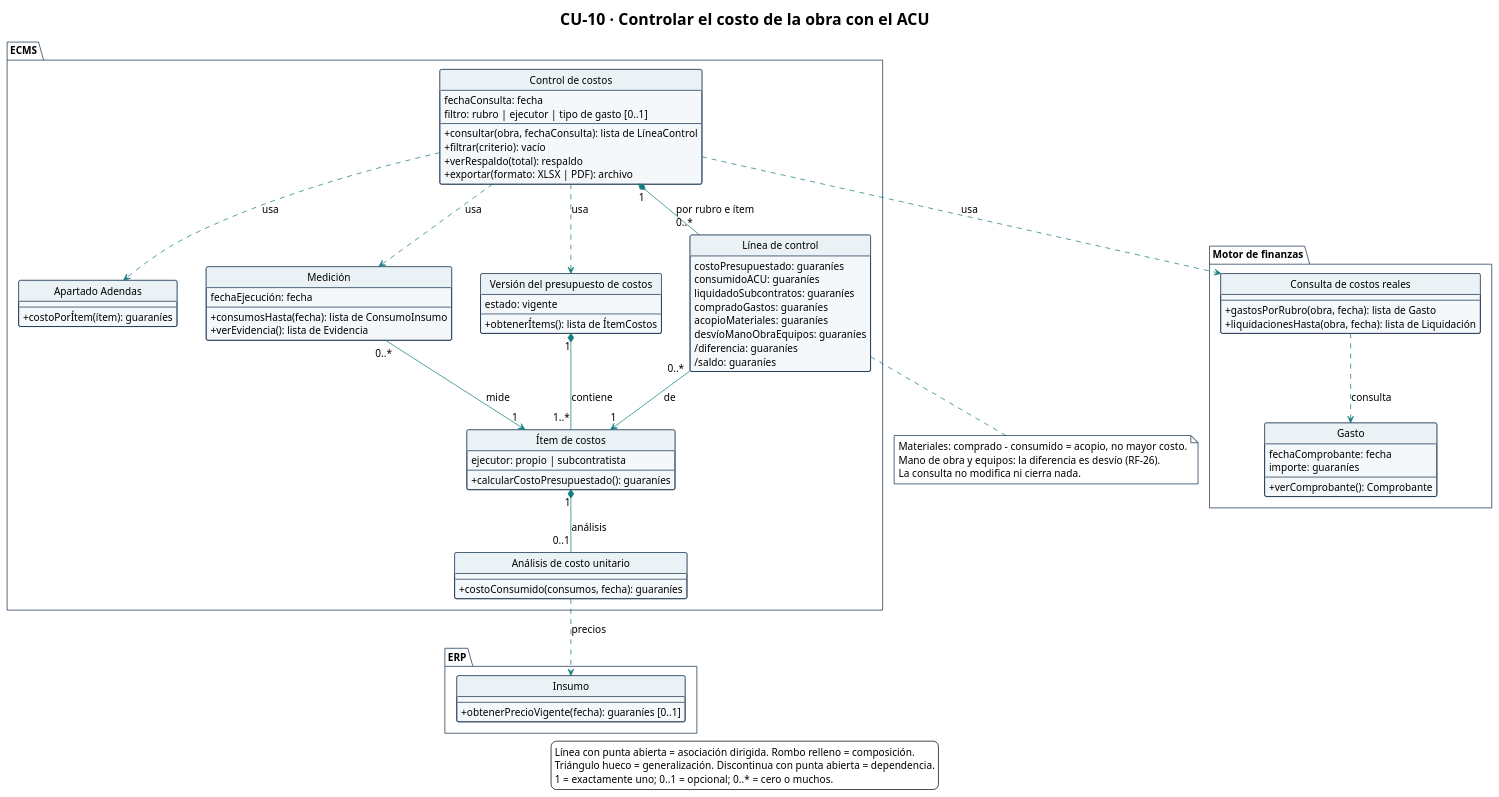
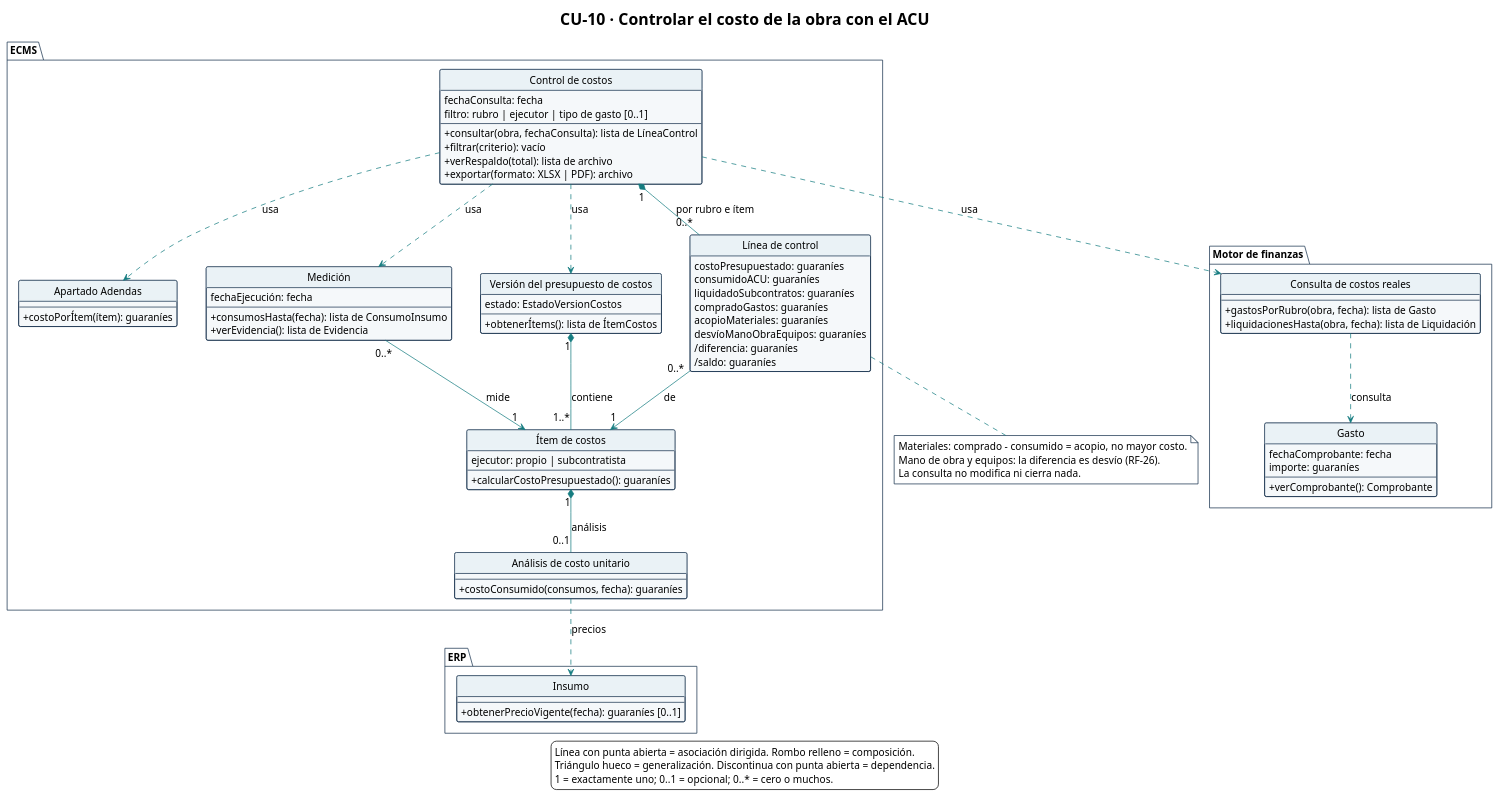
Before and after one commit to Ssrrb/tpf-uca: the diagram in diagramas/CU-10-clases.puml, drawn with PlantUML. The commit also changed 13 other files, not shown here.

```diff
--- a/diagramas/CU-10-clases.puml
+++ b/diagramas/CU-10-clases.puml
@@ -1,125 +1,125 @@
 @startuml
 !theme plain
 skinparam style strictuml
 title CU-10 · Controlar el costo de la obra con el ACU
 hide circle
 hide empty methods
 hide empty fields
 skinparam shadowing false
 skinparam classAttributeIconSize 0
 skinparam defaultFontName Arial
 skinparam defaultFontSize 14
 skinparam nodesep 40
 skinparam ranksep 50
 skinparam ArrowColor #167C80
 skinparam class {
   BackgroundColor #F5F8FA
   BorderColor #17324D
   HeaderBackgroundColor #EAF2F6
 }
 skinparam package {
   BackgroundColor #FFFFFF
   BorderColor #17324D
 }
 skinparam note {
   BackgroundColor #FFFFFF
   BorderColor #17324D
 }
 package "ECMS" {
   class "Control de costos" as ControlCostos {
     fechaConsulta: fecha
     filtro: rubro | ejecutor | tipo de gasto [0..1]
     --
     + consultar(obra, fechaConsulta): lista de LíneaControl
     + filtrar(criterio): vacío
-    + verRespaldo(total): respaldo
+    + verRespaldo(total): lista de archivo
     + exportar(formato: XLSX | PDF): archivo
   }
 
   class "Línea de control" as LineaControl {
     costoPresupuestado: guaraníes
     consumidoACU: guaraníes
     liquidadoSubcontratos: guaraníes
     compradoGastos: guaraníes
     acopioMateriales: guaraníes
     desvíoManoObraEquipos: guaraníes
     /diferencia: guaraníes
     /saldo: guaraníes
   }
 
   class "Versión del presupuesto de costos" as VersionCostos {
-    estado: vigente
+    estado: EstadoVersionCostos
     --
     + obtenerÍtems(): lista de ÍtemCostos
   }
 
   class "Apartado Adendas" as ApartadoAdendas {
     --
     + costoPorÍtem(ítem): guaraníes
   }
 
   class "Ítem de costos" as ItemCostos {
     ejecutor: propio | subcontratista
     --
     + calcularCostoPresupuestado(): guaraníes
   }
 
   class "Análisis de costo unitario" as ACU {
     --
     + costoConsumido(consumos, fecha): guaraníes
   }
 
   class "Medición" as Medicion {
     fechaEjecución: fecha
     --
     + consumosHasta(fecha): lista de ConsumoInsumo
     + verEvidencia(): lista de Evidencia
   }
 }
 
 package "Motor de finanzas" {
   class "Consulta de costos reales" as CostosReales {
     --
     + gastosPorRubro(obra, fecha): lista de Gasto
     + liquidacionesHasta(obra, fecha): lista de Liquidación
   }
 
   class Gasto {
     fechaComprobante: fecha
     importe: guaraníes
     --
     + verComprobante(): Comprobante
   }
 }
 
 package "ERP" {
   class Insumo {
     --
     + obtenerPrecioVigente(fecha): guaraníes [0..1]
   }
 }
 
 ControlCostos "1" *-- "0..*" LineaControl : por rubro e ítem
 ControlCostos ..> VersionCostos : usa
 ControlCostos ..> ApartadoAdendas : usa
 ControlCostos ..> Medicion : usa
 ControlCostos ..> CostosReales : usa
 VersionCostos "1" *-- "1..*" ItemCostos : contiene
 ItemCostos "1" *-- "0..1" ACU : análisis
 Medicion "0..*" --> "1" ItemCostos : mide
 ACU ..> Insumo : precios
 CostosReales ..> Gasto : consulta
 LineaControl "0..*" --> "1" ItemCostos : de
 
 note bottom of LineaControl
   Materiales: comprado - consumido = acopio, no mayor costo.
   Mano de obra y equipos: la diferencia es desvío (RF-26).
   La consulta no modifica ni cierra nada.
 end note
 
 legend bottom
   Línea con punta abierta = asociación dirigida. Rombo relleno = composición.
   Triángulo hueco = generalización. Discontinua con punta abierta = dependencia.
   1 = exactamente uno; 0..1 = opcional; 0..* = cero o muchos.
 endlegend
 @enduml
```
